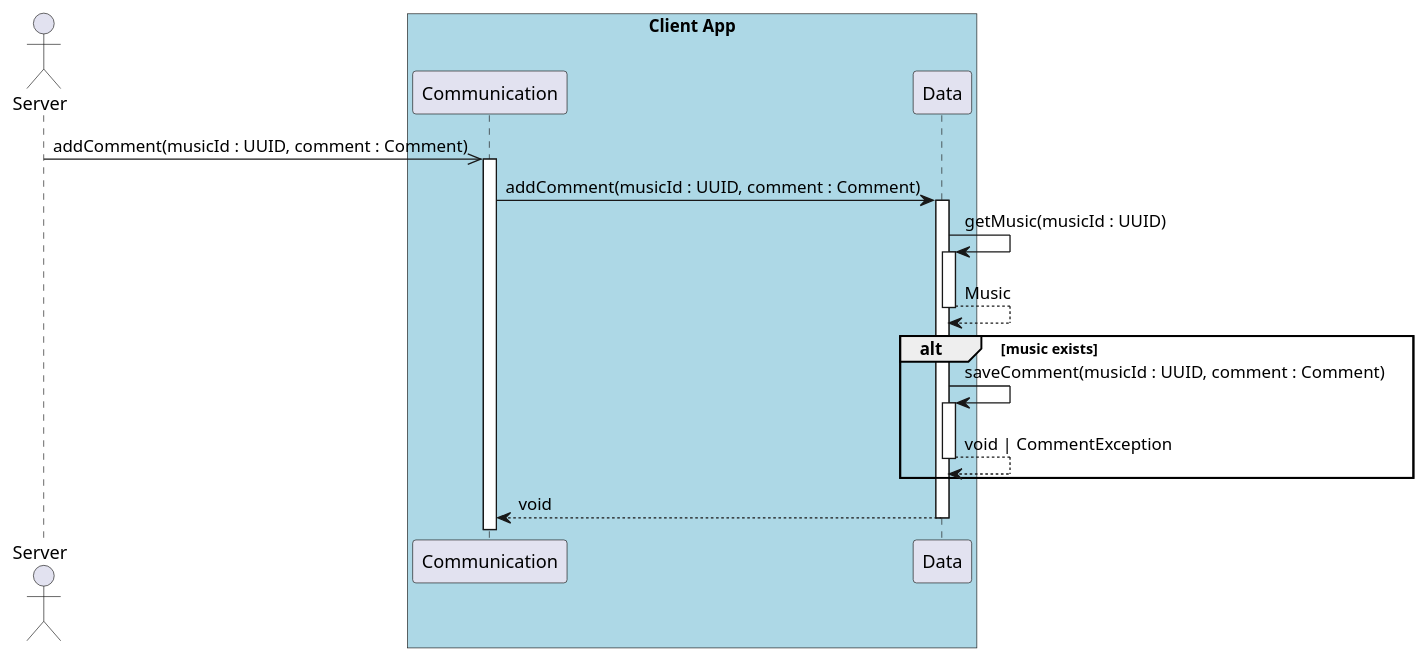
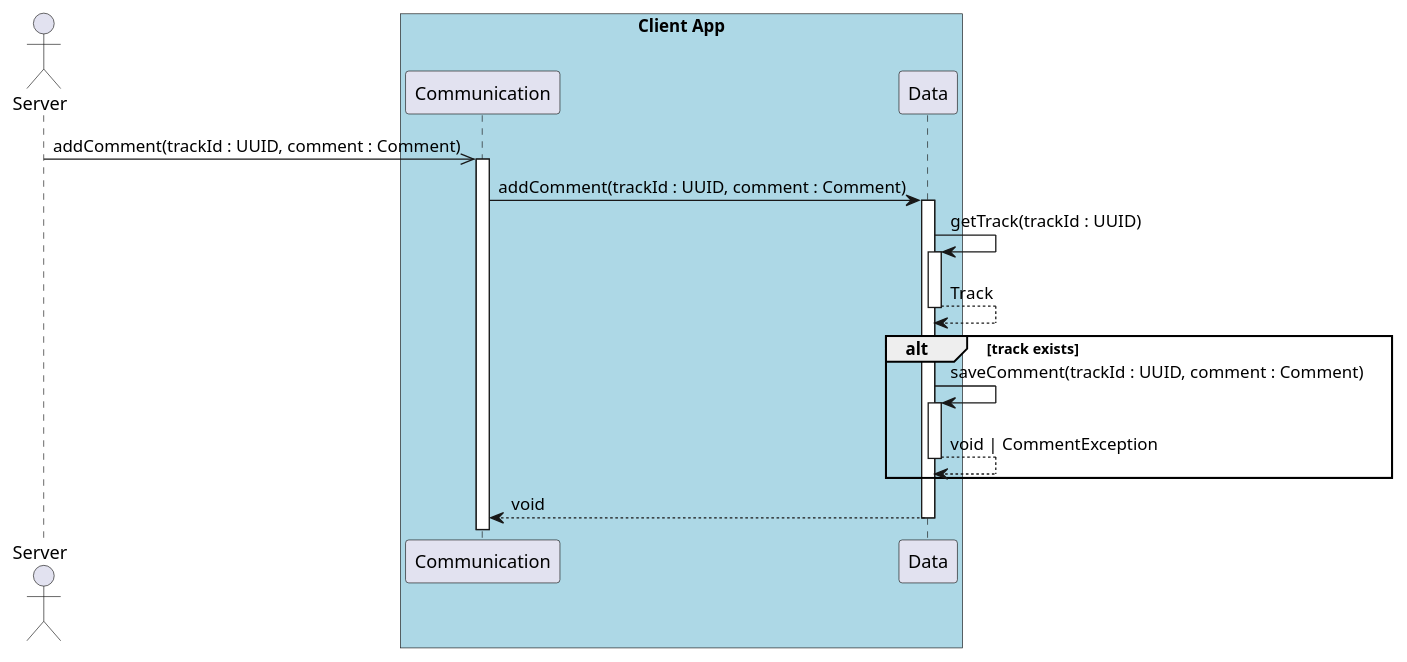
Before and after one commit to UTCAI12/Diagrams: the diagram in sequence/4.2_add_comment_owner.puml, drawn with PlantUML. The commit also changed 3 other files, not shown here.

Commit message:
Renaming variables and methods to match the class diagram.

```diff
--- a/sequence/4.2_add_comment_owner.puml
+++ b/sequence/4.2_add_comment_owner.puml
@@ -1,25 +1,25 @@
 @startuml 4.2 User add a comment to a music (client - owner)
 
 actor Server as server
 
 box "Client App" #LightBlue
     participant Communication as com
     participant Data as data
 end box
 
-server ->> com : addComment(musicId : UUID, comment : Comment)
+server ->> com : addComment(trackId : UUID, comment : Comment)
 
 activate com
-com -> data++ : addComment(musicId : UUID, comment : Comment)
+com -> data++ : addComment(trackId : UUID, comment : Comment)
 
-data -> data++ : getMusic(musicId : UUID) 
-return Music
+data -> data++ : getTrack(trackId : UUID) 
+return Track
 
-alt music exists
-    data -> data++ : saveComment(musicId : UUID, comment : Comment)
+alt track exists
+    data -> data++ : saveComment(trackId : UUID, comment : Comment)
     return void | CommentException
 end
 
 return void
 
 @enduml
```
